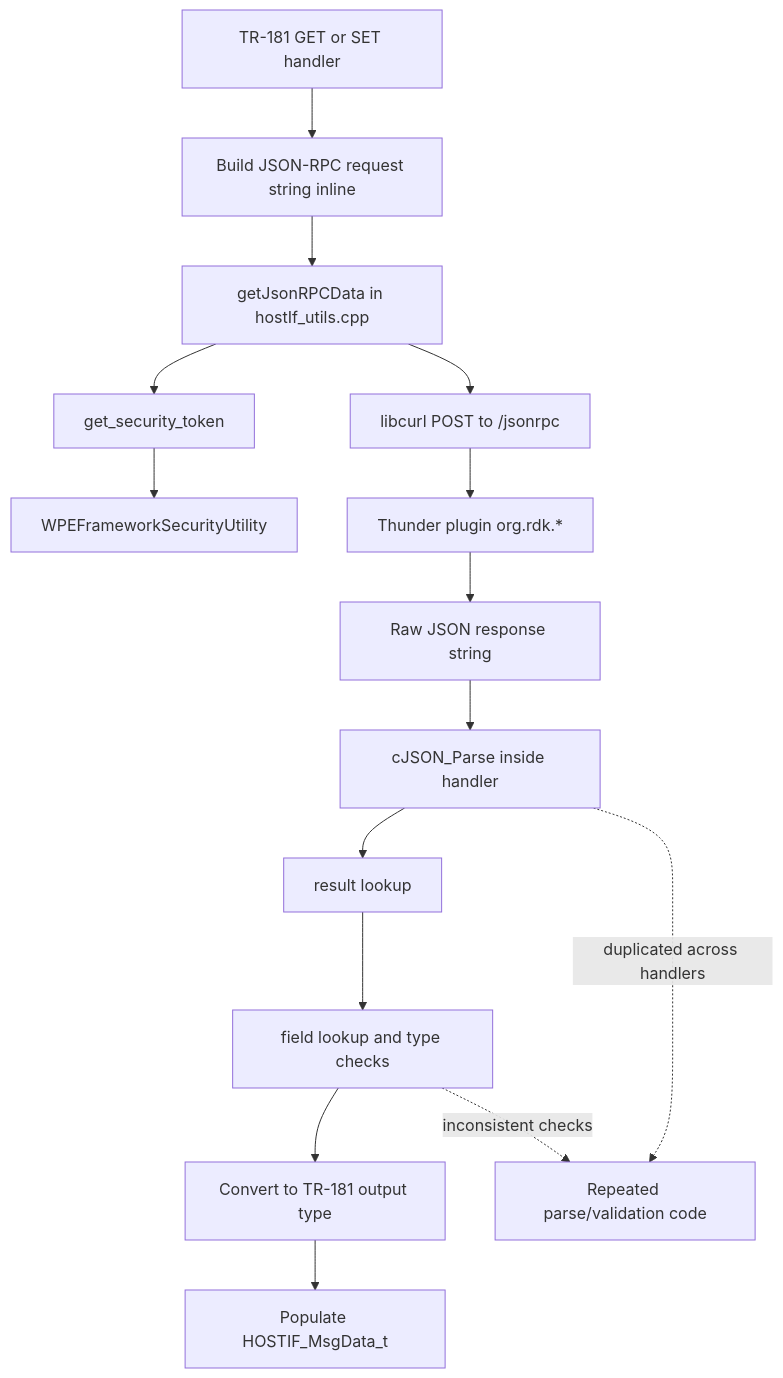
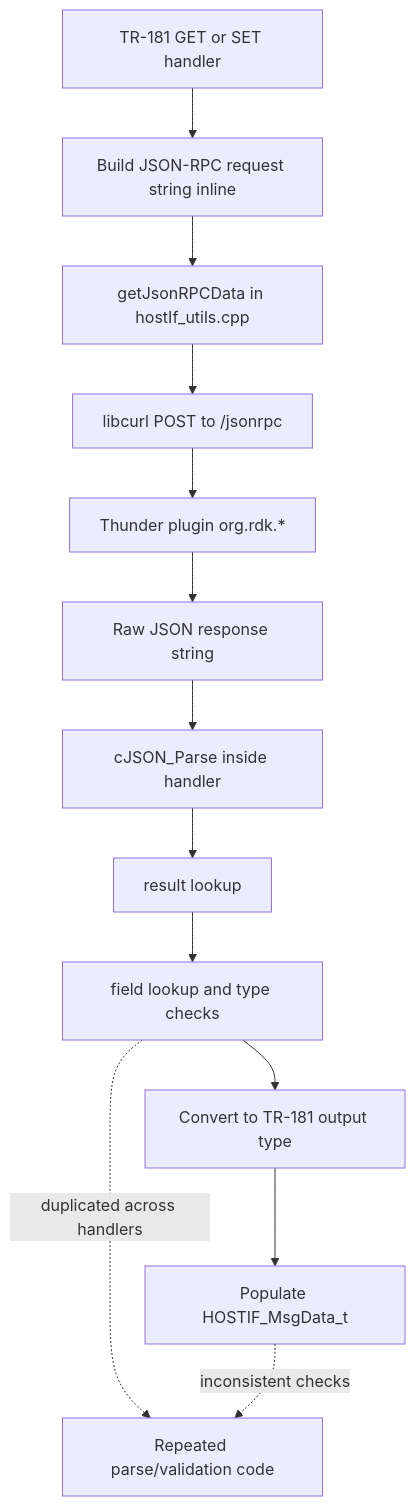
One commit to rdkcentral/tr69hostif changed the second of 4 diagrams in docs/api/thunder-plugin-interfaces.md. Above: the diagram before and after it, drawn with Mermaid. The commit also changed other lines of this file and 13 other files, not shown here.

Commit message:
RDK-60108 Refactor and Hardening of Thunder Plugin Interaction for tr69hostif Module

````diff
--- a/docs/api/thunder-plugin-interfaces.md
+++ b/docs/api/thunder-plugin-interfaces.md
@@ -33,18 +33,16 @@
 ```mermaid
 flowchart TD
     A[TR-181 GET or SET handler] --> B[Build JSON-RPC request string inline]
     B --> C[getJsonRPCData in hostIf_utils.cpp]
-    C --> D[get_security_token]
-    D --> E[WPEFrameworkSecurityUtility]
-    C --> F[libcurl POST to /jsonrpc]
-    F --> G[Thunder plugin org.rdk.*]
-    G --> H[Raw JSON response string]
-    H --> I[cJSON_Parse inside handler]
-    I --> J[result lookup]
-    J --> K[field lookup and type checks]
-    K --> L[Convert to TR-181 output type]
-    L --> M[Populate HOSTIF_MsgData_t]
+    C --> D[libcurl POST to /jsonrpc]
+    D --> E[Thunder plugin org.rdk.*]
+    E --> F[Raw JSON response string]
+    F --> G[cJSON_Parse inside handler]
+    G --> H[result lookup]
+    H --> I[field lookup and type checks]
+    I --> J[Convert to TR-181 output type]
+    J --> K[Populate HOSTIF_MsgData_t]
 
     I -. duplicated across handlers .-> N[Repeated parse/validation code]
     K -. inconsistent checks .-> N
 ```
````
